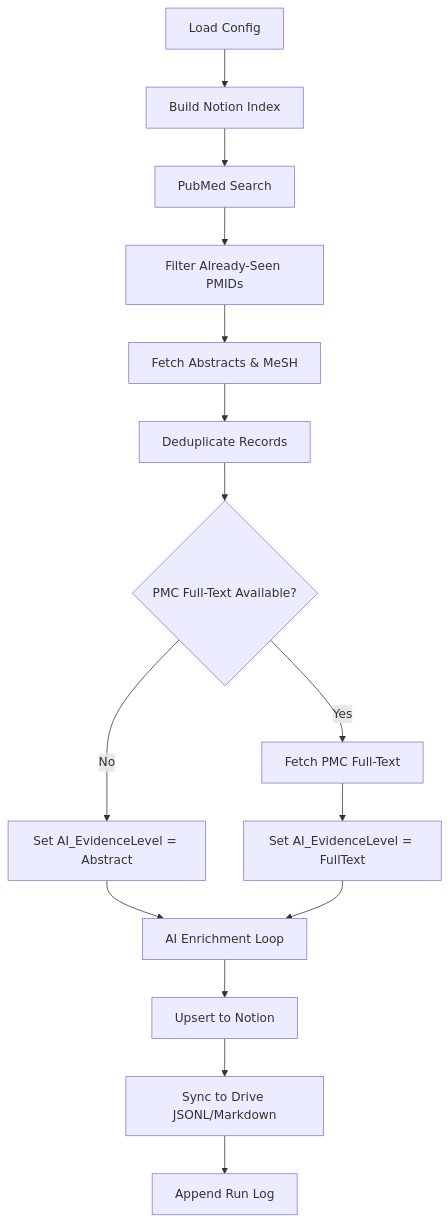
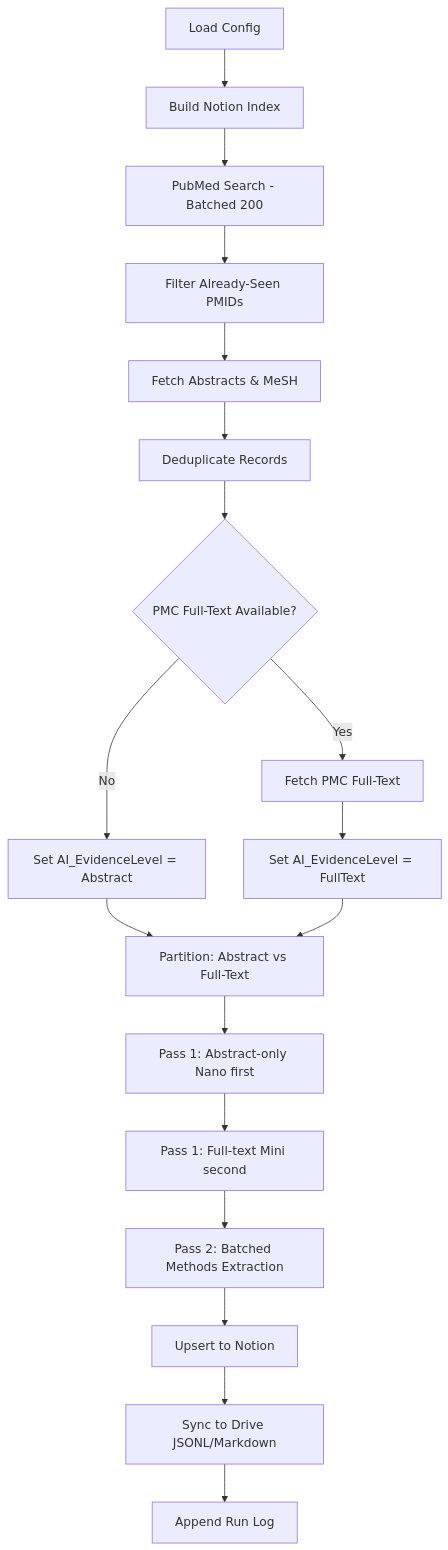
The diagram in DETAILS.md (kunlin0814/Litintel), drawn with Mermaid before and after one commit. The commit also changed other lines of this file and 6 other files, not shown here.

Commit message:
feat: Implement a Two-Pass AI architecture for enrichment with detailed escalation logic and structured computational methods extraction.

````diff
--- a/DETAILS.md
+++ b/DETAILS.md
@@ -62,17 +75,20 @@
 ```mermaid
 graph TD
     A[Load Config] --> B[Build Notion Index]
-    B --> C[PubMed Search]
+    B --> C[PubMed Search - Batched 200]
     C --> D[Filter Already-Seen PMIDs]
     D --> E[Fetch Abstracts & MeSH]
     E --> F[Deduplicate Records]
     F --> G{PMC Full-Text Available?}
     G -- Yes --> H[Fetch PMC Full-Text]
     G -- No --> I[Set AI_EvidenceLevel = Abstract]
     H --> J[Set AI_EvidenceLevel = FullText]
-    I --> K[AI Enrichment Loop]
+    I --> K[Partition: Abstract vs Full-Text]
     J --> K
-    K --> L[Upsert to Notion]
-    L --> M[Sync to Drive JSONL/Markdown]
-    M --> N[Append Run Log]
+    K --> L[Pass 1: Abstract-only Nano first]
+    L --> M[Pass 1: Full-text Mini second]
+    M --> N[Pass 2: Batched Methods Extraction]
+    N --> O[Upsert to Notion]
+    O --> P[Sync to Drive JSONL/Markdown]
+    P --> Q[Append Run Log]
 ```
````
